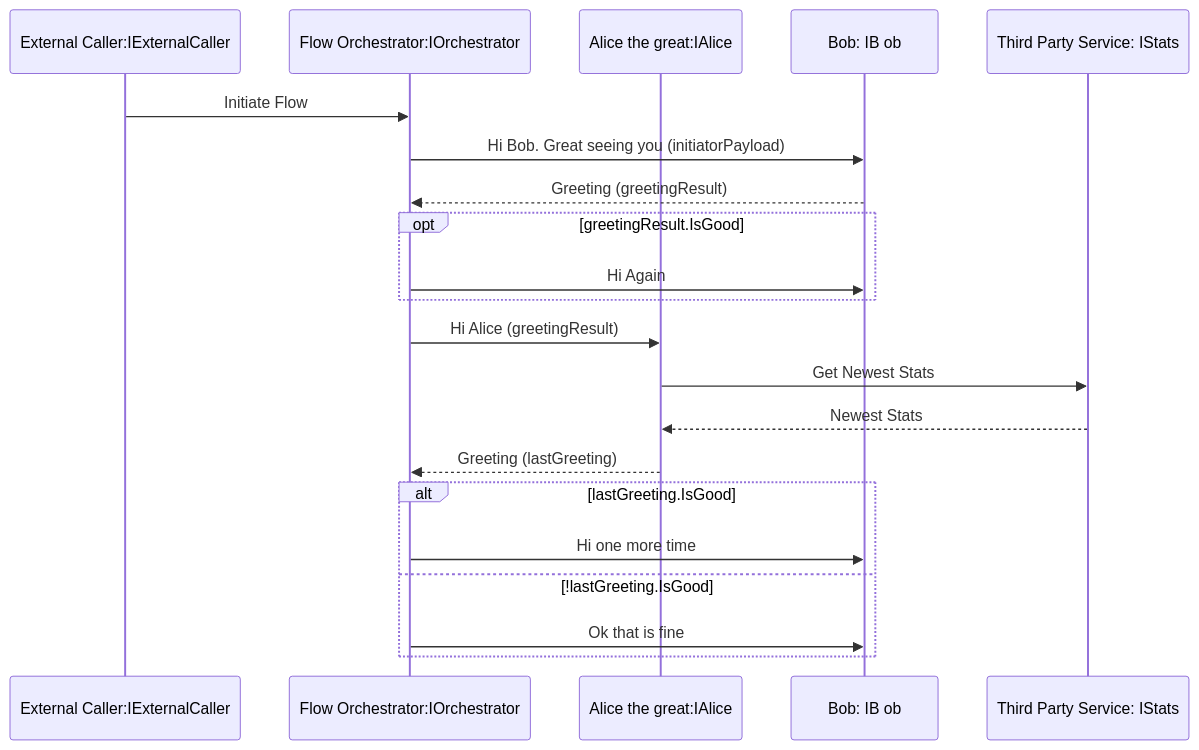
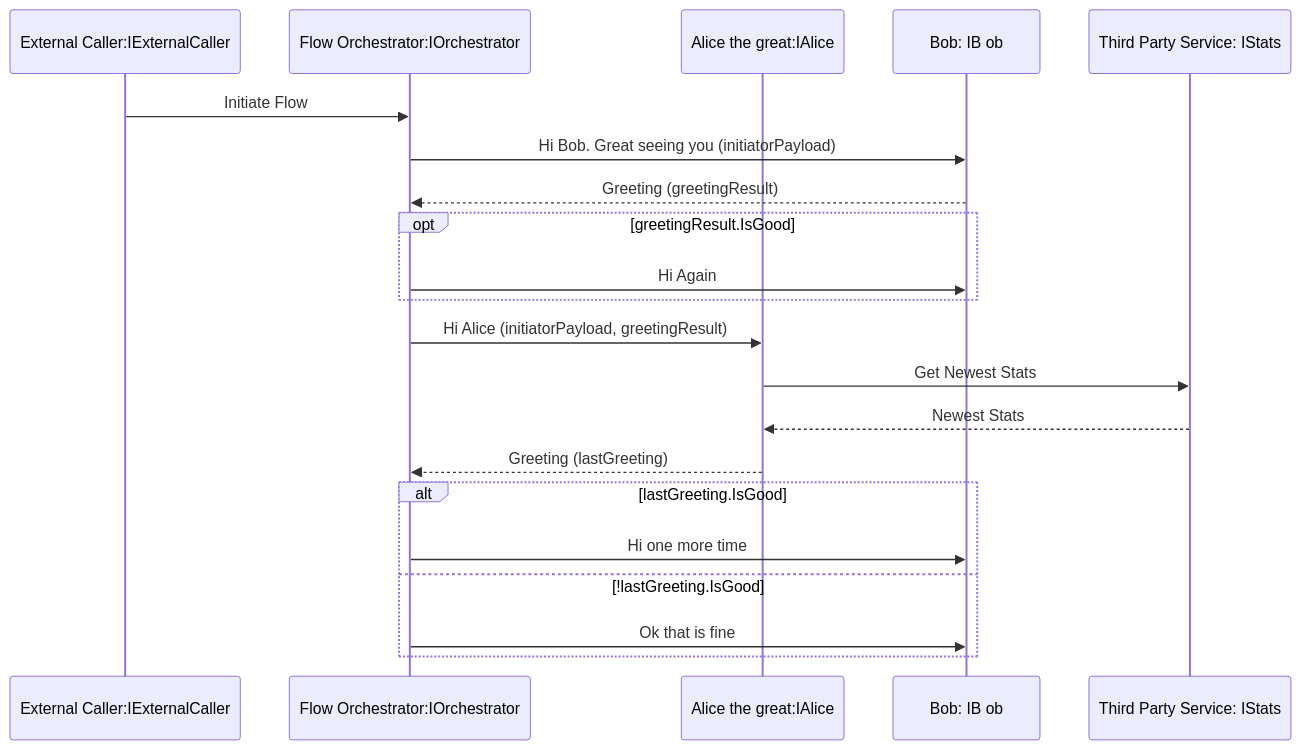
The diagram in src/SequenceSourceGenerator/Puppy.SequenceSourceGenerator/Puppy.SequenceSourceGenerator.Tests/sample-flow.md (TheJuanitoLearnsShow/PuppyGeneratorFromDiagrams), drawn with Mermaid before and after one commit. The commit also changed 12 other files, not shown here.

````diff
--- a/src/SequenceSourceGenerator/Puppy.SequenceSourceGenerator/Puppy.SequenceSourceGenerator.Tests/sample-flow.md
+++ b/src/SequenceSourceGenerator/Puppy.SequenceSourceGenerator/Puppy.SequenceSourceGenerator.Tests/sample-flow.md
@@ -2,23 +2,23 @@
 ```mermaid
 sequenceDiagram
     participant api as External Caller:IExternalCaller
     participant o as Flow Orchestrator:IOrchestrator
     participant a as Alice the great:IAlice
     participant b as Bob: IB ob
     participant t as Third Party Service: IStats
     api->>o: Initiate Flow
     o->>b: Hi Bob. Great seeing you (initiatorPayload)
     b-->>o: Greeting (greetingResult)
     opt greetingResult.IsGood
         o->>b: Hi Again
     end
-    o->>a: Hi Alice (greetingResult)
+    o->>a: Hi Alice (initiatorPayload, greetingResult)
     a->>t: Get Newest Stats
     t-->>a: Newest Stats
     a-->>o: Greeting (lastGreeting)
     alt lastGreeting.IsGood
         o->>b: Hi one more time
     else !lastGreeting.IsGood
         o->>b: Ok that is fine
     end
 ```
````
